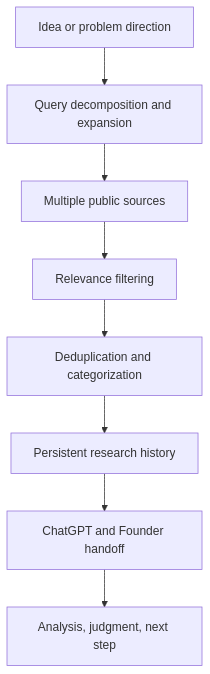
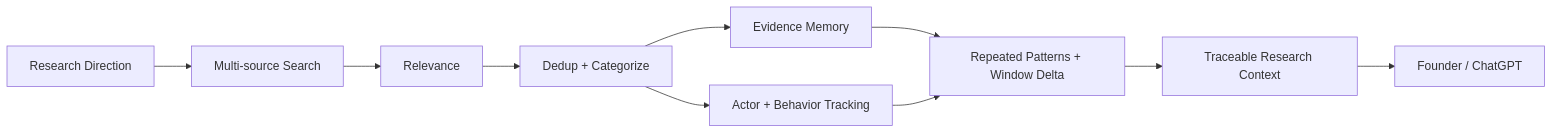
Before and after one commit to eason11133/SignalForge: the diagram in README.md, drawn with Mermaid. The commit also changed other lines of this file, not shown here.

````diff
--- a/README.md
+++ b/README.md
@@ -37,10 +118,12 @@
 ```mermaid
-flowchart TD
-    A[Idea or problem direction] --> B[Query decomposition and expansion]
-    B --> C[Multiple public sources]
-    C --> D[Relevance filtering]
-    D --> E[Deduplication and categorization]
-    E --> F[Persistent research history]
-    F --> G[ChatGPT and Founder handoff]
-    G --> H[Analysis, judgment, next step]
+flowchart LR
+    A[Research Direction] --> B[Multi-source Search]
+    B --> C[Relevance]
+    C --> D[Dedup + Categorize]
+    D --> E[Evidence Memory]
+    D --> F[Actor + Behavior Tracking]
+    E --> G[Repeated Patterns + Window Delta]
+    F --> G
+    G --> H[Traceable Research Context]
+    H --> I[Founder / ChatGPT]
 ```
````
